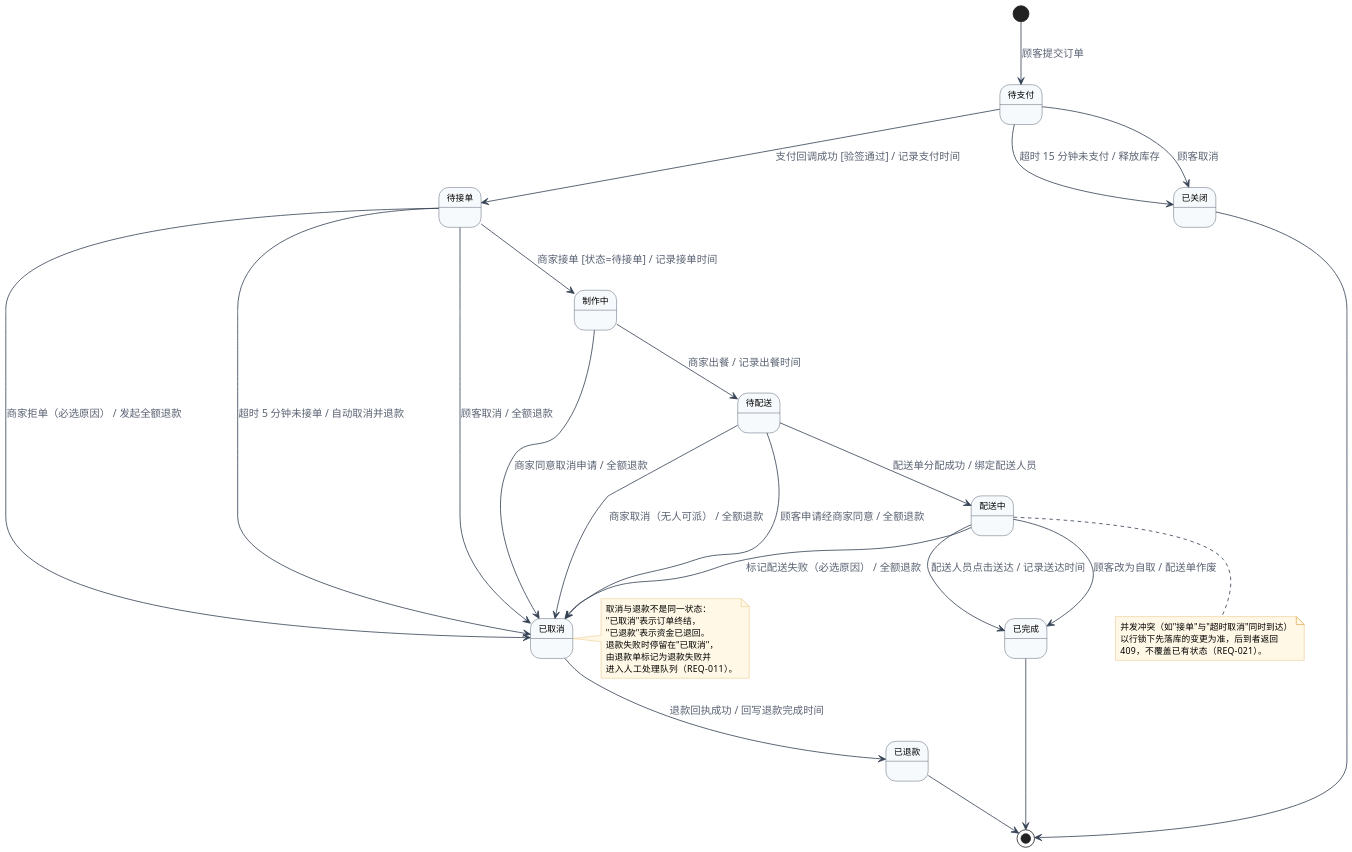
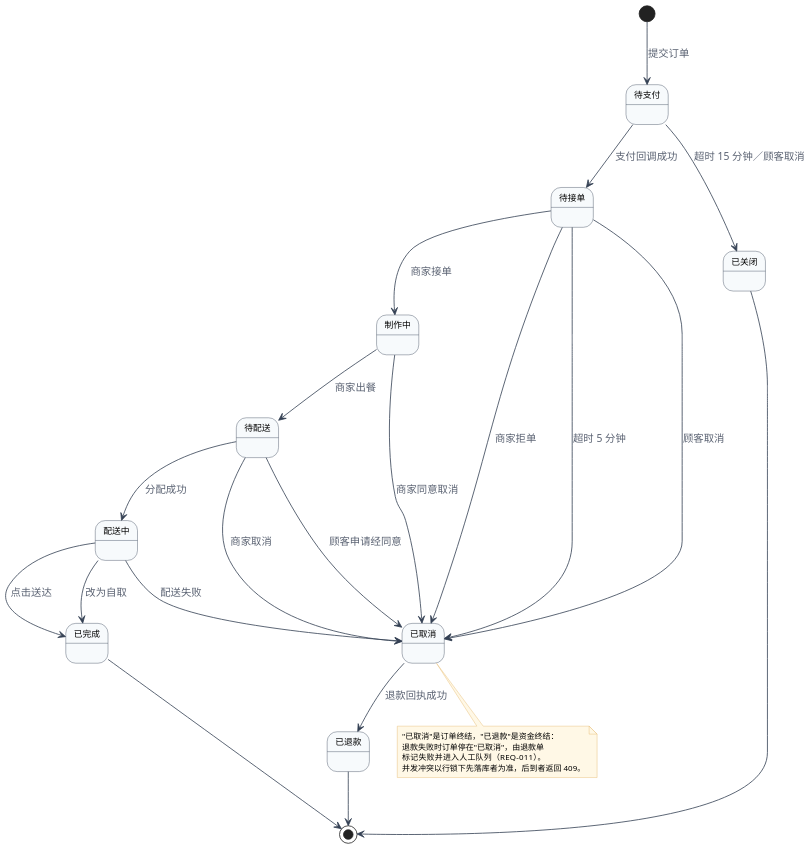
The diagram in lab2/UML/UML状态图.puml (yui060814zwp-creator/SE-lab), drawn with PlantUML before and after one commit. The commit also changed 21 other files, not shown here.

Commit message:
lab2: 按评审意见重画 UML，补足三类图（11 张，类图拆为交易域与账号商品域）

```diff
--- a/lab2/UML/UML状态图.puml
+++ b/lab2/UML/UML状态图.puml
@@ -1,63 +1,54 @@
 @startuml UML状态图
 skinparam defaultFontName "Microsoft YaHei"
 skinparam shadowing false
 skinparam ArrowColor #344054
 skinparam ArrowFontColor #5A6272
 skinparam dpi 150
 skinparam state {
   BackgroundColor #F7FAFC
   BorderColor #344054
   FontSize 12
   AttributeFontSize 11
 }
 skinparam note {
   BackgroundColor #FFF8E6
   BorderColor #E4B363
-  FontSize 11
+  FontSize 10
 }
-
 state "待支付" as S1
 state "待接单" as S2
 state "制作中" as S3
 state "待配送" as S4
 state "配送中" as S5
 state "已完成" as S6
 state "已取消" as S7
 state "已关闭" as S8
 state "已退款" as S9
 
-[*] --> S1 : 顾客提交订单
-S1 --> S2 : 支付回调成功 [验签通过] / 记录支付时间
-S1 --> S8 : 超时 15 分钟未支付 / 释放库存
-S1 --> S8 : 顾客取消
-S2 --> S3 : 商家接单 [状态=待接单] / 记录接单时间
-S2 --> S7 : 商家拒单（必选原因） / 发起全额退款
-S2 --> S7 : 超时 5 分钟未接单 / 自动取消并退款
-S2 --> S7 : 顾客取消 / 全额退款
-S3 --> S4 : 商家出餐 / 记录出餐时间
-S3 --> S7 : 商家同意取消申请 / 全额退款
-S4 --> S5 : 配送单分配成功 / 绑定配送人员
-S4 --> S7 : 商家取消（无人可派） / 全额退款
-S4 --> S7 : 顾客申请经商家同意 / 全额退款
-S5 --> S6 : 配送人员点击送达 / 记录送达时间
-S5 --> S7 : 标记配送失败（必选原因） / 全额退款
-S5 --> S6 : 顾客改为自取 / 配送单作废
-S7 --> S9 : 退款回执成功 / 回写退款完成时间
+[*] --> S1 : 提交订单
+S1 --> S2 : 支付回调成功
+S1 --> S8 : 超时 15 分钟／顾客取消
+S2 --> S3 : 商家接单
+S2 --> S7 : 商家拒单
+S2 --> S7 : 超时 5 分钟
+S2 --> S7 : 顾客取消
+S3 --> S4 : 商家出餐
+S3 --> S7 : 商家同意取消
+S4 --> S5 : 分配成功
+S4 --> S7 : 商家取消
+S4 --> S7 : 顾客申请经同意
+S5 --> S6 : 点击送达
+S5 --> S7 : 配送失败
+S5 --> S6 : 改为自取
+S7 --> S9 : 退款回执成功
 S6 --> [*]
 S8 --> [*]
 S9 --> [*]
 
-note right of S7
-  取消与退款不是同一状态：
-  "已取消"表示订单终结，
-  "已退款"表示资金已退回。
-  退款失败时停留在"已取消"，
-  由退款单标记为退款失败并
-  进入人工处理队列（REQ-011）。
-end note
-note bottom of S5
-  并发冲突（如"接单"与"超时取消"同时到达）
-  以行锁下先落库的变更为准，后到者返回
-  409，不覆盖已有状态（REQ-021）。
+note bottom of S7
+  "已取消"是订单终结，"已退款"是资金终结：
+  退款失败时订单停在"已取消"，由退款单
+  标记失败并进入人工队列（REQ-011）。
+  并发冲突以行锁下先落库者为准，后到者返回 409。
 end note
 @enduml
```
